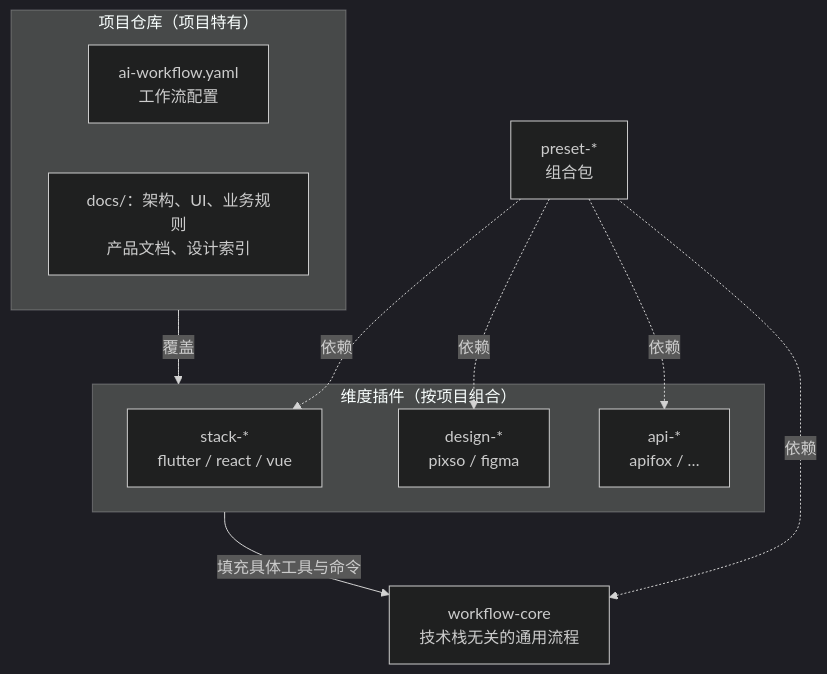
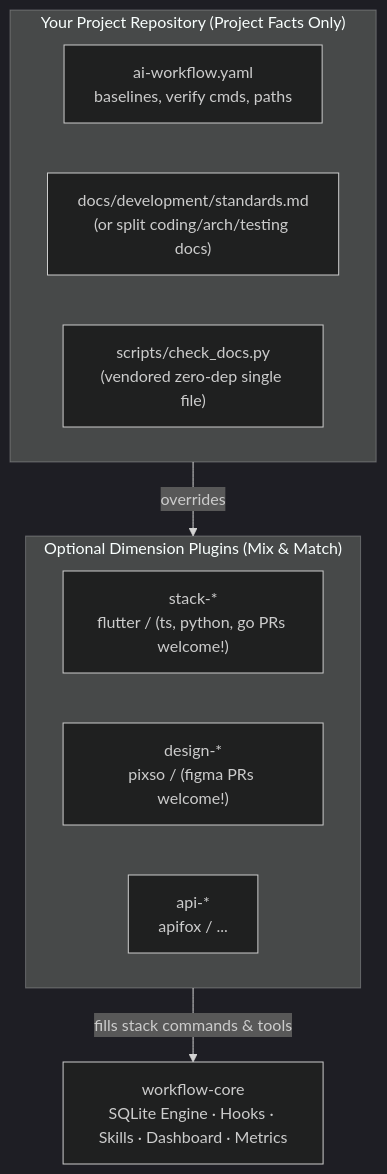
Before and after one commit to lvzhiyi/randian-ai-workflow-native: the diagram in README.md, drawn with Mermaid (dark theme). The commit also changed other lines of this file and 18 other files, not shown here.

````diff
--- a/README.md
+++ b/README.md
@@ -68,16 +69,16 @@
 ```mermaid
 flowchart TB
-    subgraph PROJ["项目仓库（项目特有）"]
-        P1["ai-workflow.yaml<br/>工作流配置"]
-        P2["docs/：架构、UI、业务规则<br/>产品文档、设计索引"]
+    subgraph PROJ["Your Project Repository (Project Facts Only)"]
+        P1["ai-workflow.yaml<br/>baselines, verify cmds, paths"]
+        P2["docs/development/standards.md<br/>(or split coding/arch/testing docs)"]
+        P3["scripts/check_docs.py<br/>(vendored zero-dep single file)"]
     end
-    subgraph DIM["维度插件（按项目组合）"]
-        S["stack-*<br/>flutter / react / vue"]
-        D["design-*<br/>pixso / figma"]
-        A["api-*<br/>apifox / …"]
+    subgraph DIM["Optional Dimension Plugins (Mix & Match)"]
+        S["stack-*<br/>flutter / (ts, python, go PRs welcome!)"]
+        D["design-*<br/>pixso / (figma PRs welcome!)"]
+        A["api-*<br/>apifox / ..."]
     end
-    C["workflow-core<br/>技术栈无关的通用流程"]
-    PROJ -->|覆盖| DIM
-    DIM -->|填充具体工具与命令| C
-    PR["preset-*<br/>组合包"] -.依赖.-> C & S & D & A
+    C["workflow-core<br/>SQLite Engine · Hooks · Skills · Dashboard · Metrics"]
+    PROJ -->|overrides| DIM
+    DIM -->|fills stack commands & tools| C
 ```
````
